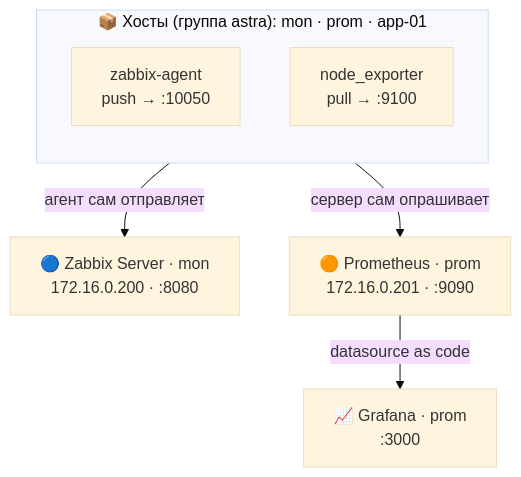
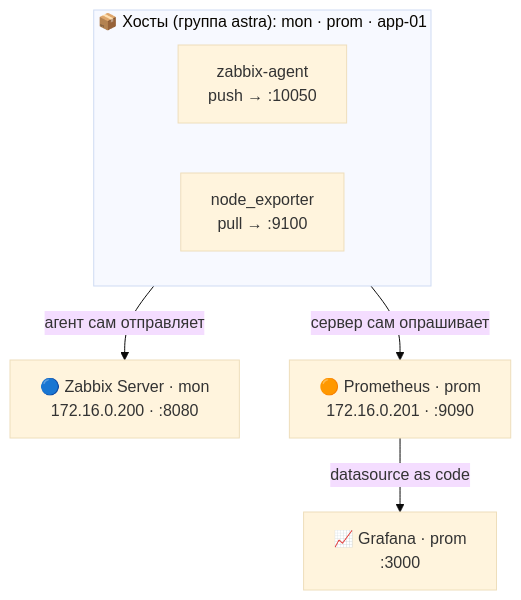
Before and after one commit to damero-lab/infra: the second of 2 diagrams in README.md, drawn with Mermaid (base theme). The commit also changed other lines of this file and 2 other files, not shown here.

Commit message:
docs(readme): cap diagram width and compact monitoring diagram (shorter arrows)

````diff
--- a/README.md
+++ b/README.md
@@ -92,12 +96,12 @@
 ```mermaid
 flowchart TD
     subgraph HOSTS["📦 Хосты (группа astra): mon · prom · app-01"]
-        direction TB
+        direction LR
         ZA["zabbix-agent<br/>push → :10050"]
         NE["node_exporter<br/>pull → :9100"]
     end
 
-    ZA -->|"агент сам отправляет"| ZS["🔵 Zabbix Server · mon<br/>172.16.0.200 · :8080"]
-    NE -->|"сервер сам опрашивает"| PR["🟠 Prometheus · prom<br/>172.16.0.201 · :9090"]
+    HOSTS -->|"агент сам отправляет"| ZS["🔵 Zabbix Server · mon<br/>172.16.0.200 · :8080"]
+    HOSTS -->|"сервер сам опрашивает"| PR["🟠 Prometheus · prom<br/>172.16.0.201 · :9090"]
     PR -->|"datasource as code"| GR["📈 Grafana · prom<br/>:3000"]
 ```
````
